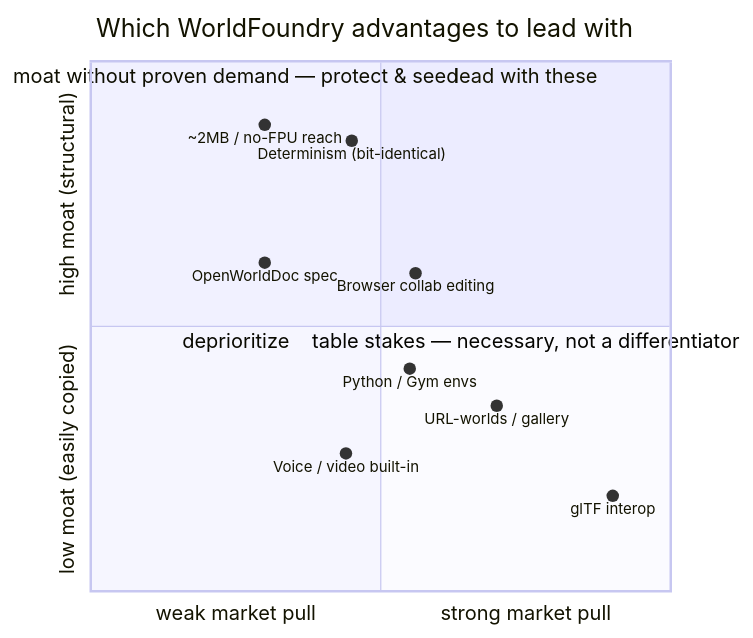
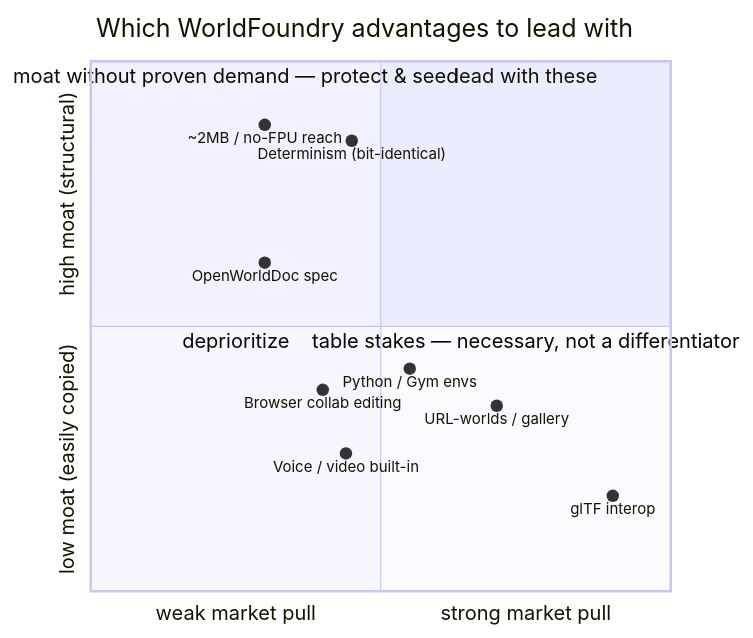
The second of 4 diagrams in docs/investigations/2026-07-05-worldfoundry-default-sim-environment.md (wbniv/WorldFoundry), drawn with Mermaid before and after one commit. The commit also changed other lines of this file and 3 other files, not shown here.

````diff
--- a/docs/investigations/2026-07-05-worldfoundry-default-sim-environment.md
+++ b/docs/investigations/2026-07-05-worldfoundry-default-sim-environment.md
@@ -91,18 +91,18 @@
 ```mermaid
 quadrantChart
     title Which WorldFoundry advantages to lead with
     x-axis "weak market pull" --> "strong market pull"
     y-axis "low moat (easily copied)" --> "high moat (structural)"
     quadrant-1 "lead with these"
     quadrant-2 "moat without proven demand — protect & seed"
     quadrant-3 "deprioritize"
     quadrant-4 "table stakes — necessary, not a differentiator"
     "Determinism (bit-identical)": [0.45, 0.85]
     "~2MB / no-FPU reach": [0.30, 0.88]
     "OpenWorldDoc spec": [0.30, 0.62]
-    "Browser collab editing": [0.56, 0.60]
+    "Browser collab editing": [0.40, 0.38]
     "Python / Gym envs": [0.55, 0.42]
     "URL-worlds / gallery": [0.70, 0.35]
     "Voice / video built-in": [0.44, 0.26]
     "glTF interop": [0.90, 0.18]
 ```
````
